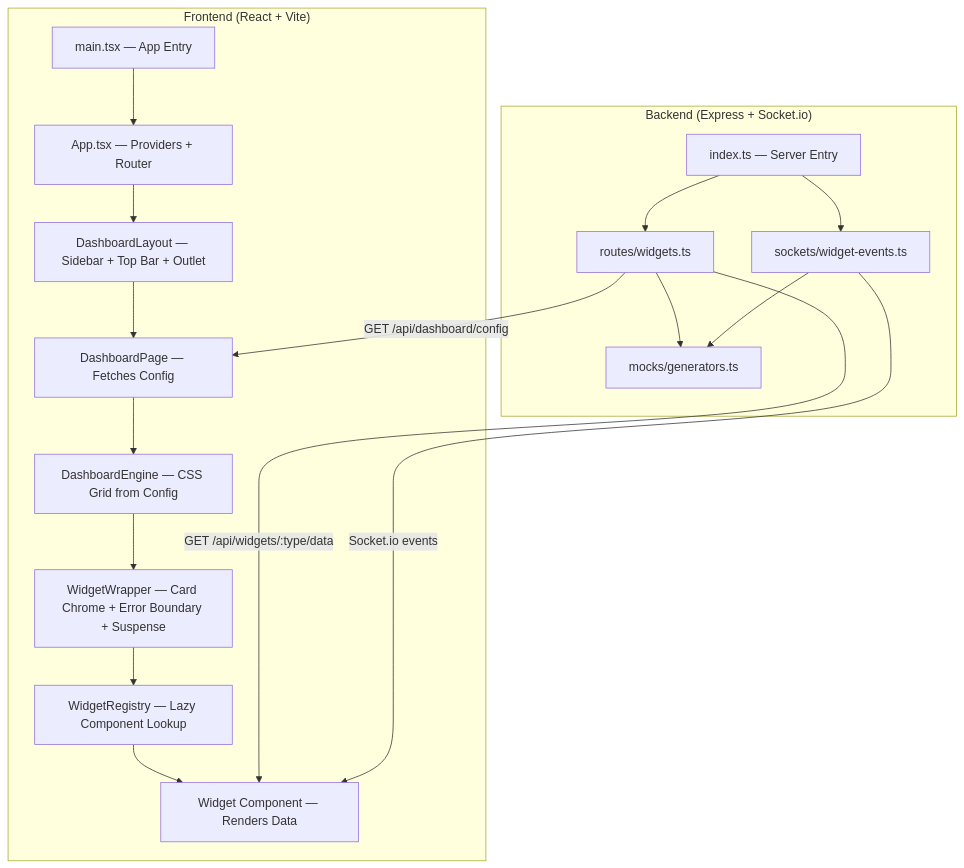
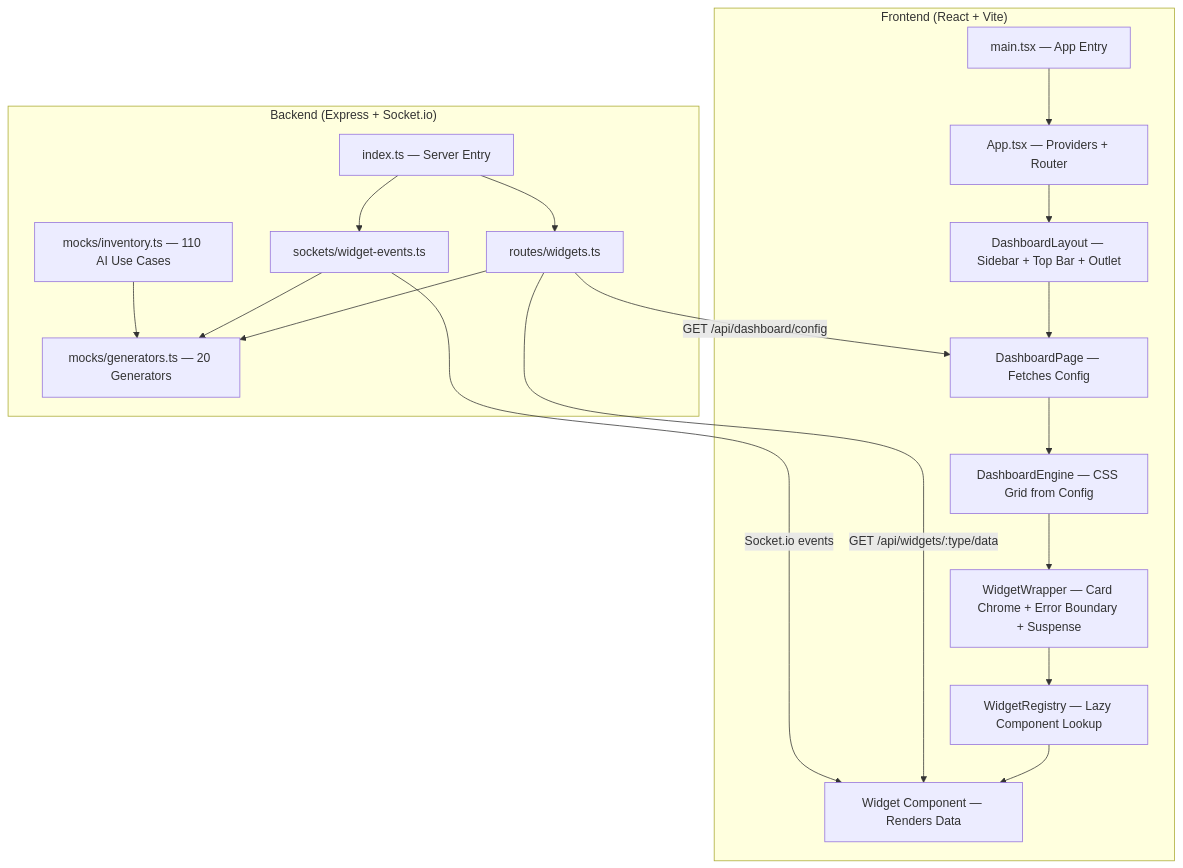
Before and after one commit to nikokonovalov/command-center: the diagram in walkthrough.md, drawn with Mermaid. The commit also changed other lines of this file, not shown here.

Commit message:
docs: Document the new centralized inventory and how mock data generators derive data from it.

````diff
--- a/walkthrough.md
+++ b/walkthrough.md
@@ -23,35 +27,37 @@
 ```mermaid
 graph TB
     subgraph Server ["Backend (Express + Socket.io)"]
         S_Index["index.ts — Server Entry"]
         S_Routes["routes/widgets.ts"]
         S_Sockets["sockets/widget-events.ts"]
-        S_Mocks["mocks/generators.ts"]
+        S_Inventory["mocks/inventory.ts — 110 AI Use Cases"]
+        S_Mocks["mocks/generators.ts — 20 Generators"]
         S_Index --> S_Routes
         S_Index --> S_Sockets
         S_Routes --> S_Mocks
         S_Sockets --> S_Mocks
+        S_Inventory --> S_Mocks
     end
 
     subgraph Client ["Frontend (React + Vite)"]
         C_Main["main.tsx — App Entry"]
         C_App["App.tsx — Providers + Router"]
         C_Layout["DashboardLayout — Sidebar + Top Bar + Outlet"]
         C_Page["DashboardPage — Fetches Config"]
         C_Engine["DashboardEngine — CSS Grid from Config"]
         C_Wrapper["WidgetWrapper — Card Chrome + Error Boundary + Suspense"]
         C_Registry["WidgetRegistry — Lazy Component Lookup"]
         C_Widget["Widget Component — Renders Data"]
         C_Main --> C_App
         C_App --> C_Layout
         C_Layout --> C_Page
         C_Page --> C_Engine
         C_Engine --> C_Wrapper
         C_Wrapper --> C_Registry
         C_Registry --> C_Widget
     end
 
     S_Routes -- "GET /api/dashboard/config" --> C_Page
     S_Routes -- "GET /api/widgets/:type/data" --> C_Widget
     S_Sockets -- "Socket.io events" --> C_Widget
 ```
````
